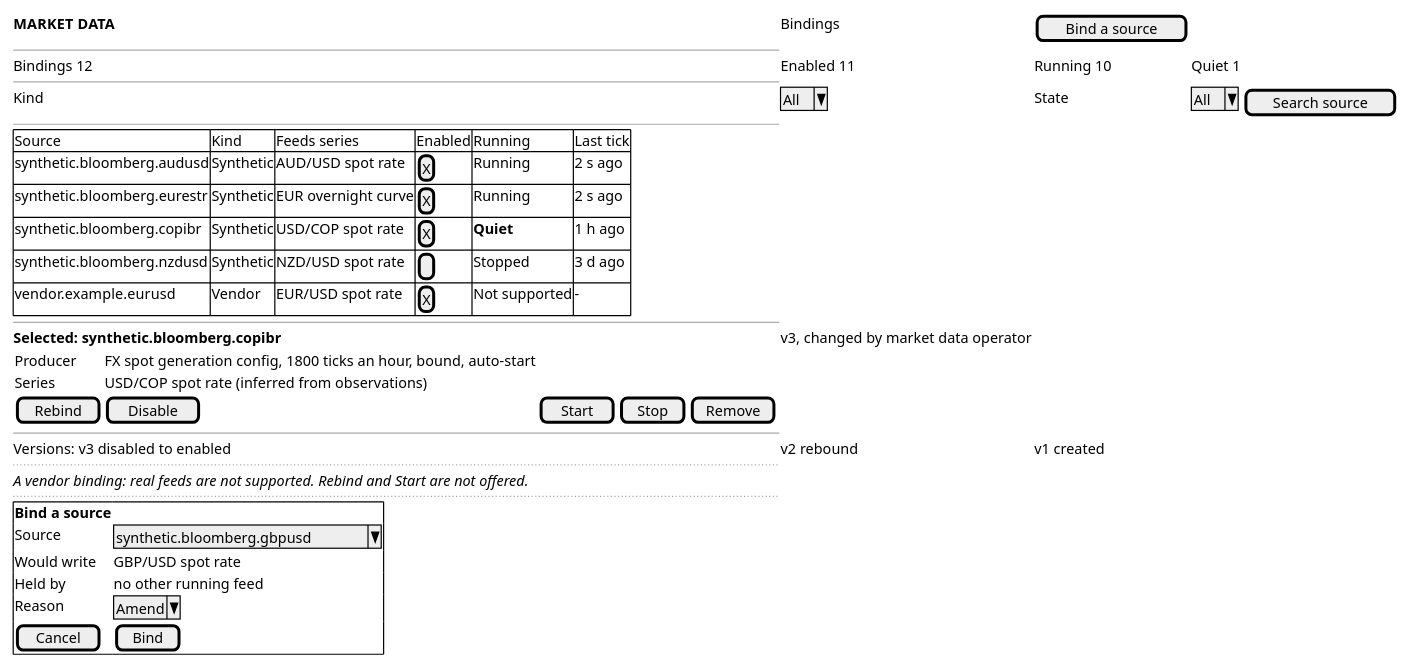
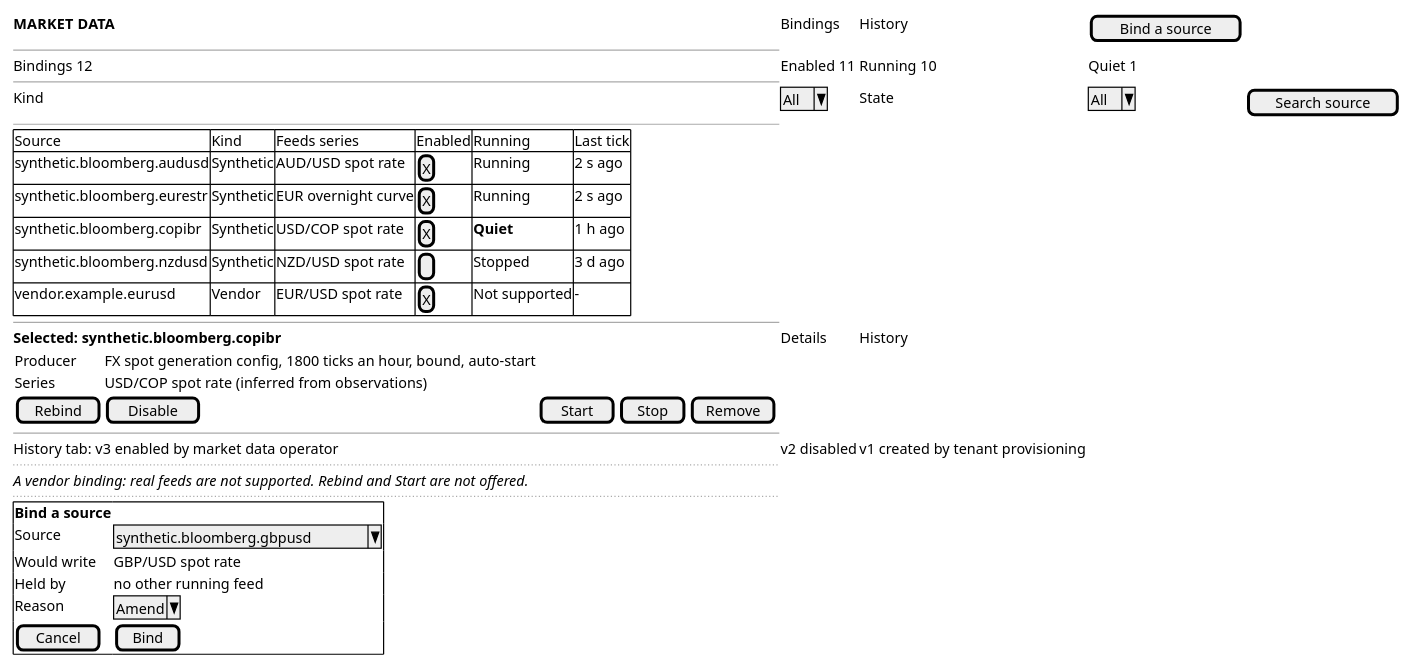
One commit to OreStudio/OreStudio changed the diagram in doc/knowledge/journeys/market_data/wireframe_manage-market-data-bindings.puml. Above: the diagram before and after it, drawn with PlantUML. The commit also changed 4 other files, not shown here.

First line of the commit message:
[agile] Give the bindings prototype and journey a standard history

```diff
--- a/doc/knowledge/journeys/market_data/wireframe_manage-market-data-bindings.puml
+++ b/doc/knowledge/journeys/market_data/wireframe_manage-market-data-bindings.puml
@@ -18,41 +18,41 @@
 @startuml
 
 salt
 {
-  <b>MARKET DATA</b> | Bindings | [ Bind a source ]
+  <b>MARKET DATA</b> | Bindings | History | [ Bind a source ]
   --
   Bindings 12 | Enabled 11 | Running 10 | Quiet 1
   --
   Kind | ^All^ | State | ^All^ | [ Search source ]
   --
   {#
     Source | Kind | Feeds series | Enabled | Running | Last tick
     synthetic.bloomberg.audusd | Synthetic | AUD/USD spot rate | [X] | Running | 2 s ago
     synthetic.bloomberg.eurestr | Synthetic | EUR overnight curve | [X] | Running | 2 s ago
     synthetic.bloomberg.copibr | Synthetic | USD/COP spot rate | [X] | <b>Quiet</b> | 1 h ago
     synthetic.bloomberg.nzdusd | Synthetic | NZD/USD spot rate | [ ] | Stopped | 3 d ago
     vendor.example.eurusd | Vendor | EUR/USD spot rate | [X] | Not supported | -
   }
   --
-  <b>Selected: synthetic.bloomberg.copibr</b> | v3, changed by market data operator
+  <b>Selected: synthetic.bloomberg.copibr</b> | Details | History
   {
     Producer | FX spot generation config, 1800 ticks an hour, bound, auto-start
     Series | USD/COP spot rate (inferred from observations)
     | [ Rebind ] | [ Disable ] | [ Start ] | [ Stop ] | [ Remove ]
   }
   --
-  Versions: v3 disabled to enabled | v2 rebound | v1 created
+  History tab: v3 enabled by market data operator | v2 disabled | v1 created by tenant provisioning
   ..
   <i>A vendor binding: real feeds are not supported. Rebind and Start are not offered.</i>
   ..
   {+
     <b>Bind a source</b>
     Source | ^synthetic.bloomberg.gbpusd^
     Would write | GBP/USD spot rate
     Held by | no other running feed
     Reason | ^Amend^
     [ Cancel ] | [ Bind ]
   }
 }
 
 @enduml
```
